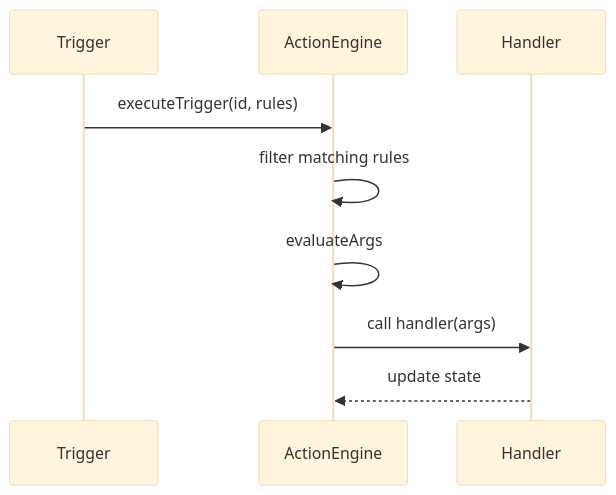
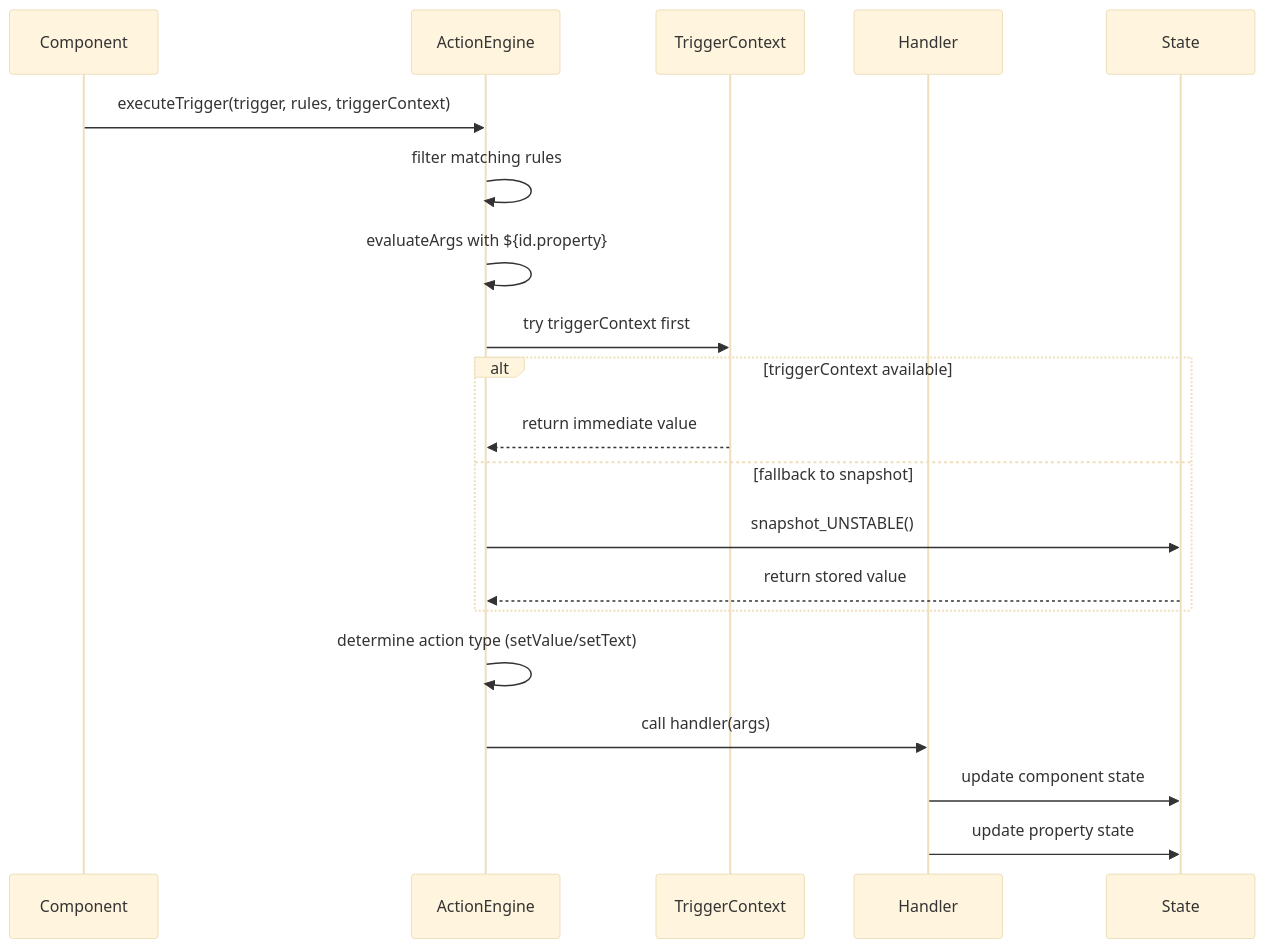
One commit to 3x0dv5/d-react-sample changed the second of 2 diagrams in docs/development.md. Above: the diagram before and after it, drawn with Mermaid (base theme). The commit also changed other lines of this file and 17 other files, not shown here.

````diff
--- a/docs/development.md
+++ b/docs/development.md
@@ -68,11 +97,23 @@
 ```mermaid
 sequenceDiagram
-    participant T as Trigger
+    participant C as Component
     participant E as ActionEngine
+    participant TC as TriggerContext
     participant H as Handler
-    T->>E: executeTrigger(id, rules)
+    participant S as State
+    
+    C->>E: executeTrigger(trigger, rules, triggerContext)
     E->>E: filter matching rules
-    E->>E: evaluateArgs
+    E->>E: evaluateArgs with ${id.property}
+    E->>TC: try triggerContext first
+    alt triggerContext available
+        TC-->>E: return immediate value
+    else fallback to snapshot
+        E->>S: snapshot_UNSTABLE()
+        S-->>E: return stored value
+    end
+    E->>E: determine action type (setValue/setText)
     E->>H: call handler(args)
-    H-->>E: update state
+    H->>S: update component state
+    H->>S: update property state
 ```
````
